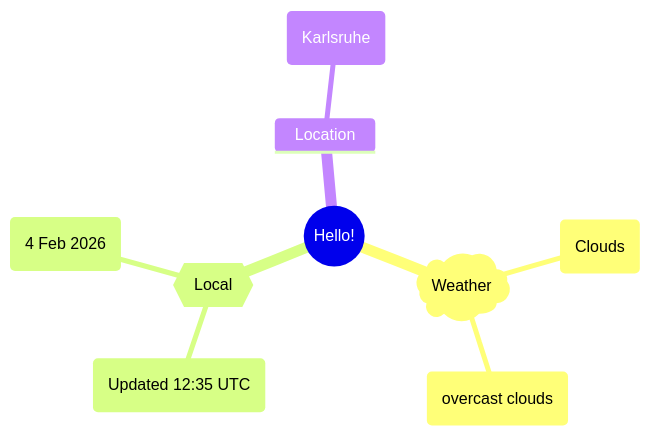
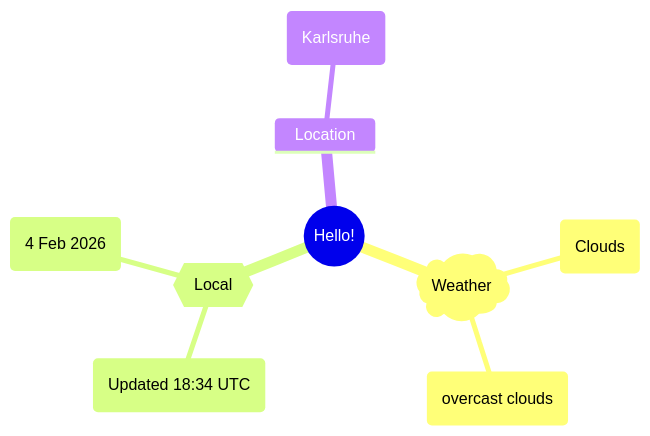
Before and after one commit to Xosrov/Xosrov: the first of 2 diagrams in README.md, drawn with Mermaid.

Commit message:
[bot] updated images

````diff
--- a/README.md
+++ b/README.md
@@ -3,12 +3,12 @@
 ```mermaid
 mindmap
   root((Hello!))
     )Weather(
         (Clouds)
         (overcast clouds)
     {{Local}}
-        (Updated 12:35 UTC)
+        (Updated 18:34 UTC)
         (4 Feb 2026)
     Location
         (Karlsruhe)
 ```
````
